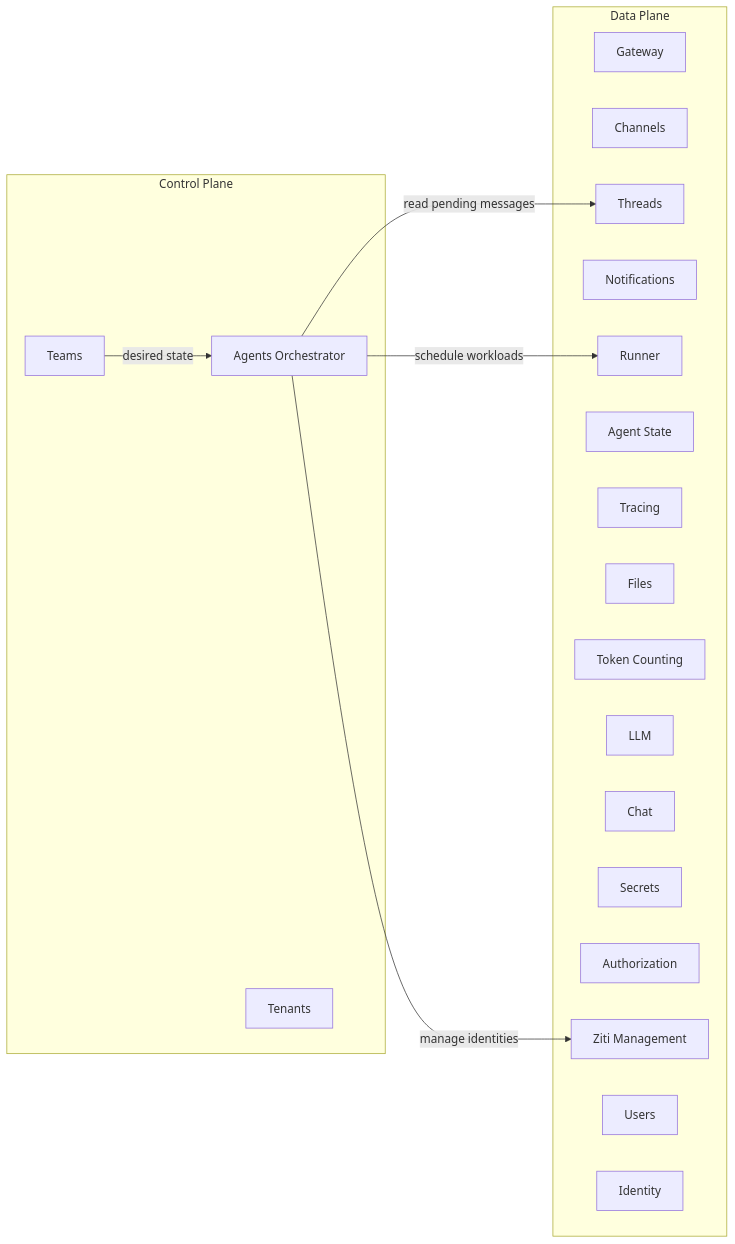
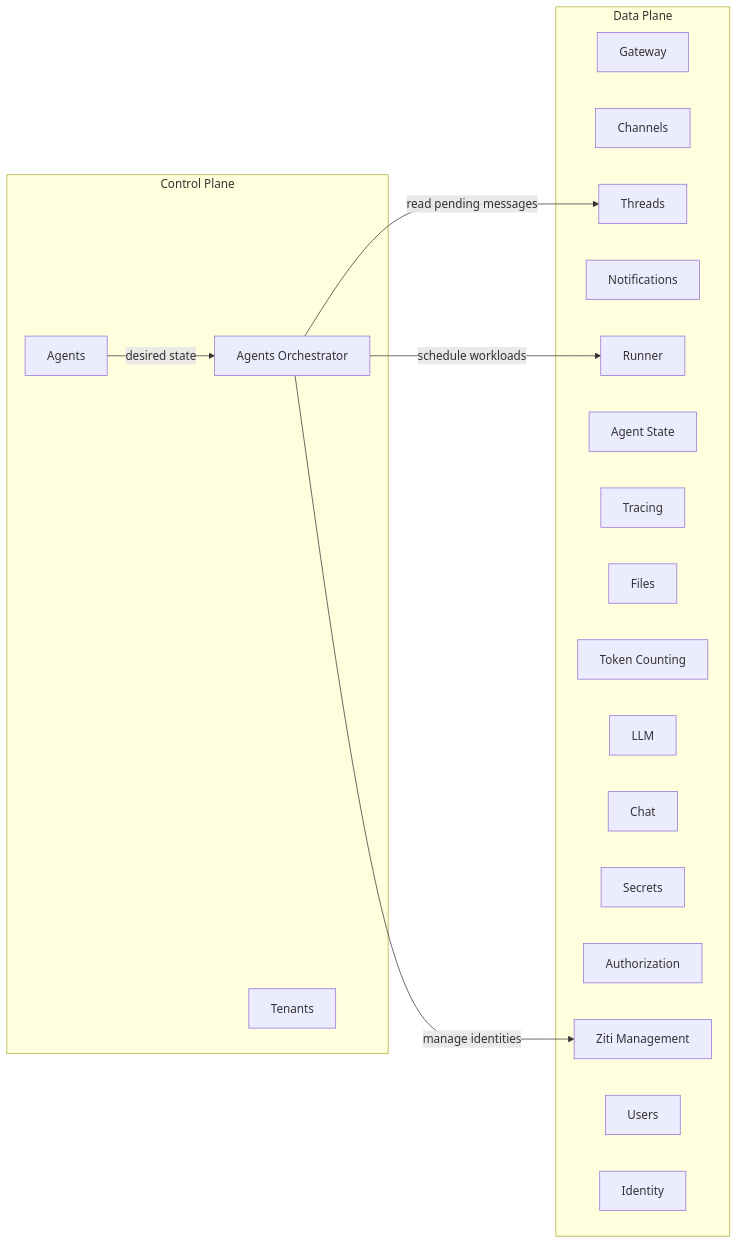
The first of 2 diagrams in architecture/control-data-plane.md (agynio/architecture), drawn with Mermaid before and after one commit. The commit also changed other lines of this file and 17 other files, not shown here.

First line of the commit message:
feat: rename Teams → Agents, migrate Gateway to ConnectRPC

````diff
--- a/architecture/control-data-plane.md
+++ b/architecture/control-data-plane.md
@@ -21,32 +21,32 @@
 ```mermaid
 graph LR
     subgraph Control Plane
-        Teams
+        Agents
         AgentsOrch[Agents Orchestrator]
         Tenants
     end
 
     subgraph Data Plane
         Gateway
         Channels
         Threads
         Notifications
         Runner
         AgentState[Agent State]
         Tracing
         Files
         TokenCounting[Token Counting]
         LLM
         Chat
         Secrets
         Authorization
         ZitiMgmt[Ziti Management]
         Users
         Identity
     end
 
-    Teams -->|desired state| AgentsOrch
+    Agents -->|desired state| AgentsOrch
     AgentsOrch -->|schedule workloads| Runner
     AgentsOrch -->|manage identities| ZitiMgmt
     AgentsOrch -->|read pending messages| Threads
 ```
````
